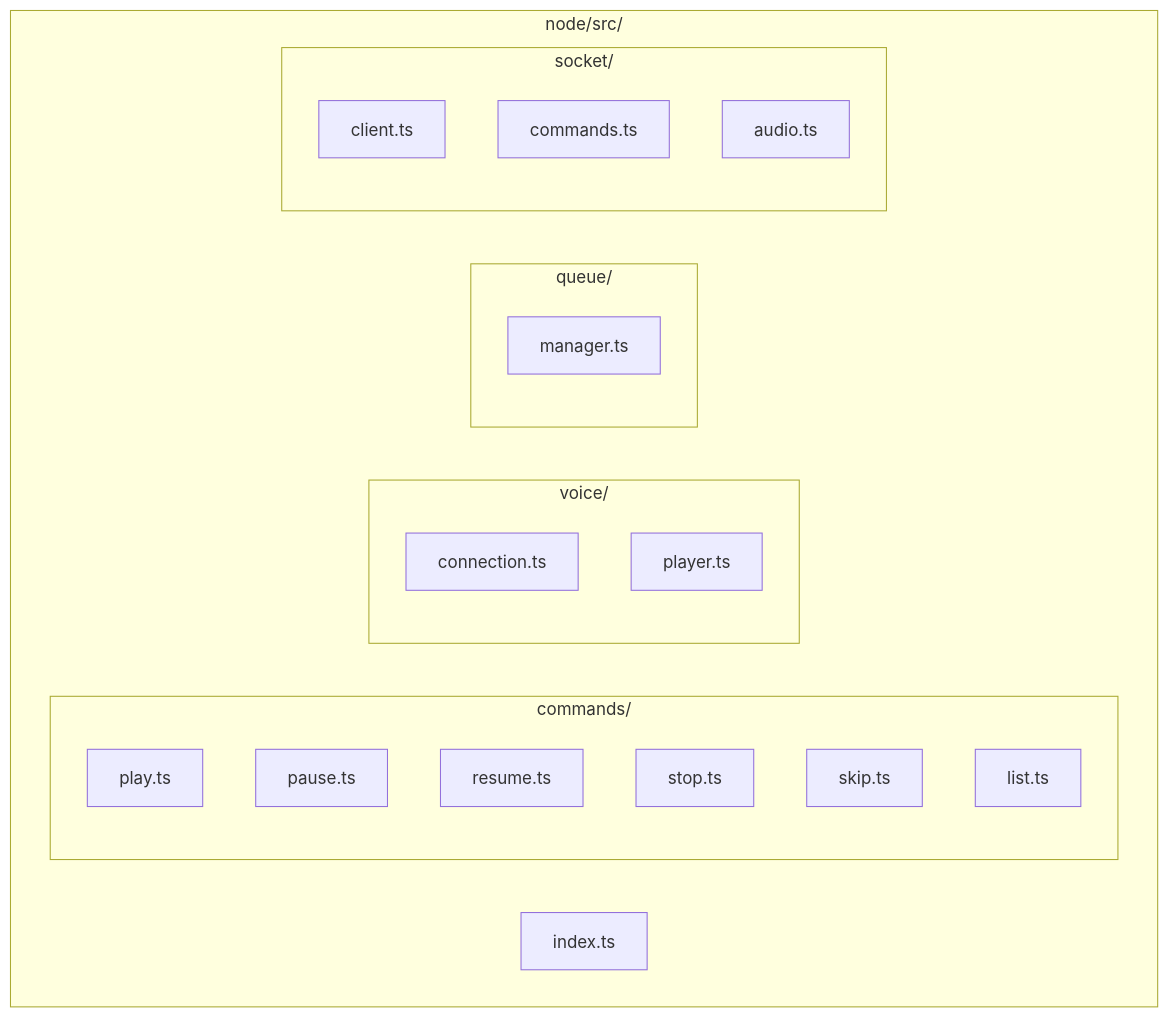
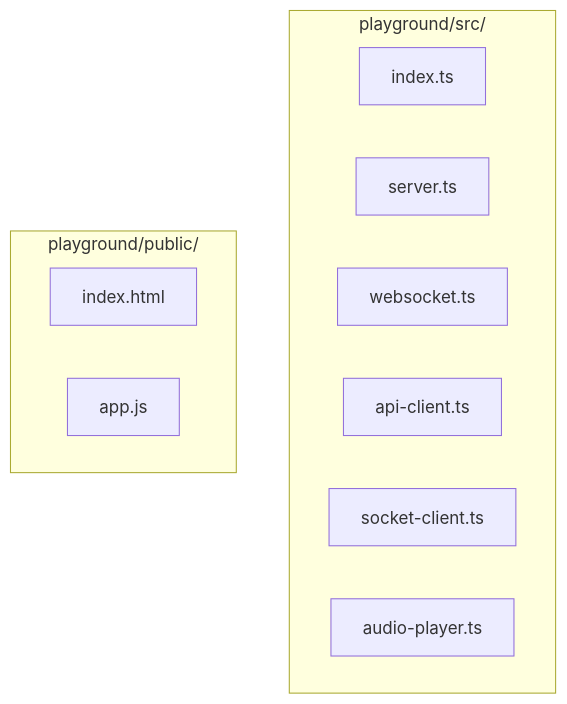
The third of 13 diagrams in .claude/skills/topic-review/SKILL.md (thewind121212/natashi), drawn with Mermaid before and after one commit. The commit also changed other lines of this file and 3 other files, not shown here.

````diff
--- a/.claude/skills/topic-review/SKILL.md
+++ b/.claude/skills/topic-review/SKILL.md
@@ -99,30 +97,16 @@
 ```mermaid
 flowchart TB
-    subgraph NodeJS["node/src/"]
+    subgraph NodeJS["playground/src/"]
         INDEX[index.ts]
+        SERVER[server.ts]
+        WEBSOCKET[websocket.ts]
+        API_CLIENT[api-client.ts]
+        SOCKET_CLIENT[socket-client.ts]
+        AUDIO_PLAYER[audio-player.ts]
+    end
 
-        subgraph Commands["commands/"]
-            PLAY[play.ts]
-            PAUSE[pause.ts]
-            RESUME[resume.ts]
-            STOP[stop.ts]
-            SKIP[skip.ts]
-            LIST[list.ts]
-        end
-
-        subgraph Voice["voice/"]
-            CONN[connection.ts]
-            PLAYER[player.ts]
-        end
-
-        subgraph Queue["queue/"]
-            QMGR[manager.ts]
-        end
-
-        subgraph Socket["socket/"]
-            CLIENT[client.ts]
-            SCMD[commands.ts]
-            AUDIO[audio.ts]
-        end
+    subgraph WebUI["playground/public/"]
+        HTML[index.html]
+        JS[app.js]
     end
 ```
````
